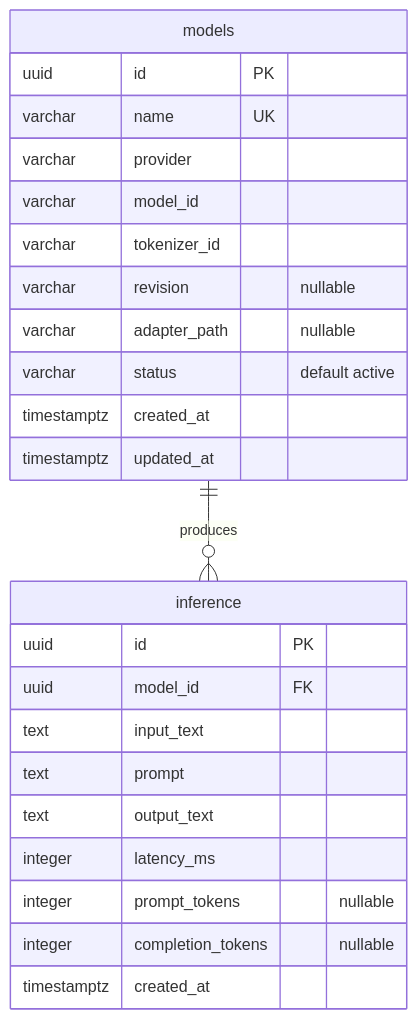
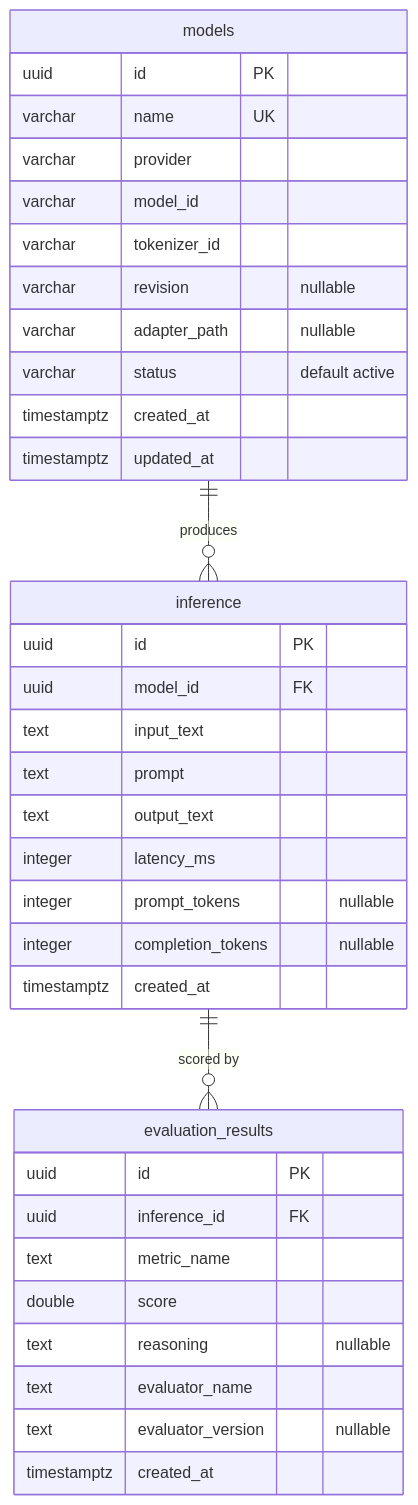
Before and after one commit to DimitarAtanassov/arc-model-lab: the diagram in docs/database-erd.md, drawn with Mermaid. The commit also changed other lines of this file and 3 other files, not shown here.

````diff
--- a/docs/database-erd.md
+++ b/docs/database-erd.md
@@ -12,29 +13,41 @@
 ```mermaid
 erDiagram
     models ||--o{ inference : produces
+    inference ||--o{ evaluation_results : "scored by"
 
     models {
         uuid id PK
         varchar name UK
         varchar provider
         varchar model_id
         varchar tokenizer_id
         varchar revision "nullable"
         varchar adapter_path "nullable"
         varchar status "default active"
         timestamptz created_at
         timestamptz updated_at
     }
 
     inference {
         uuid id PK
         uuid model_id FK
         text input_text
         text prompt
         text output_text
         integer latency_ms
         integer prompt_tokens "nullable"
         integer completion_tokens "nullable"
         timestamptz created_at
     }
+
+    evaluation_results {
+        uuid id PK
+        uuid inference_id FK
+        text metric_name
+        double score
+        text reasoning "nullable"
+        text evaluator_name
+        text evaluator_version "nullable"
+        timestamptz created_at
+    }
 ```
````
